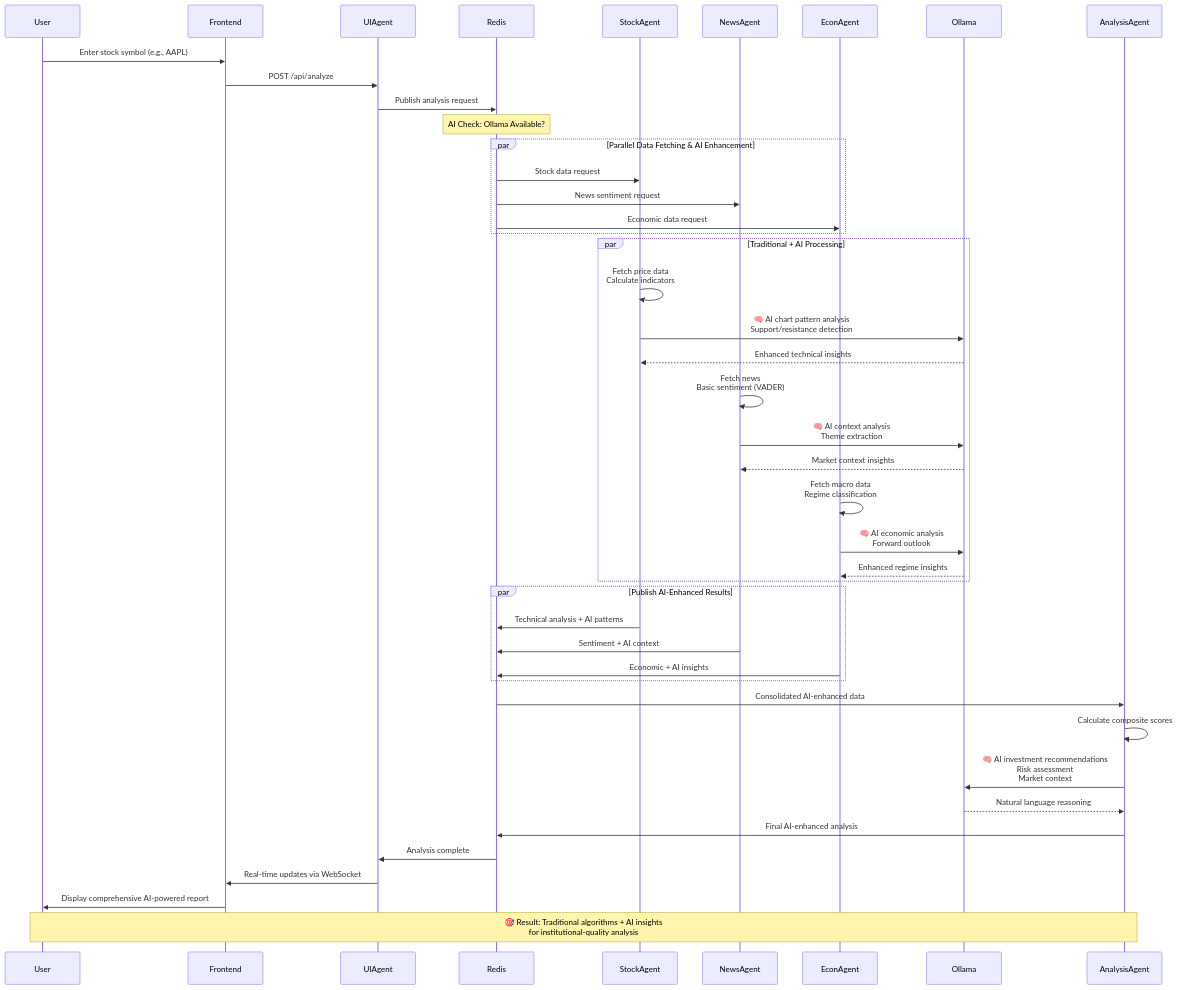
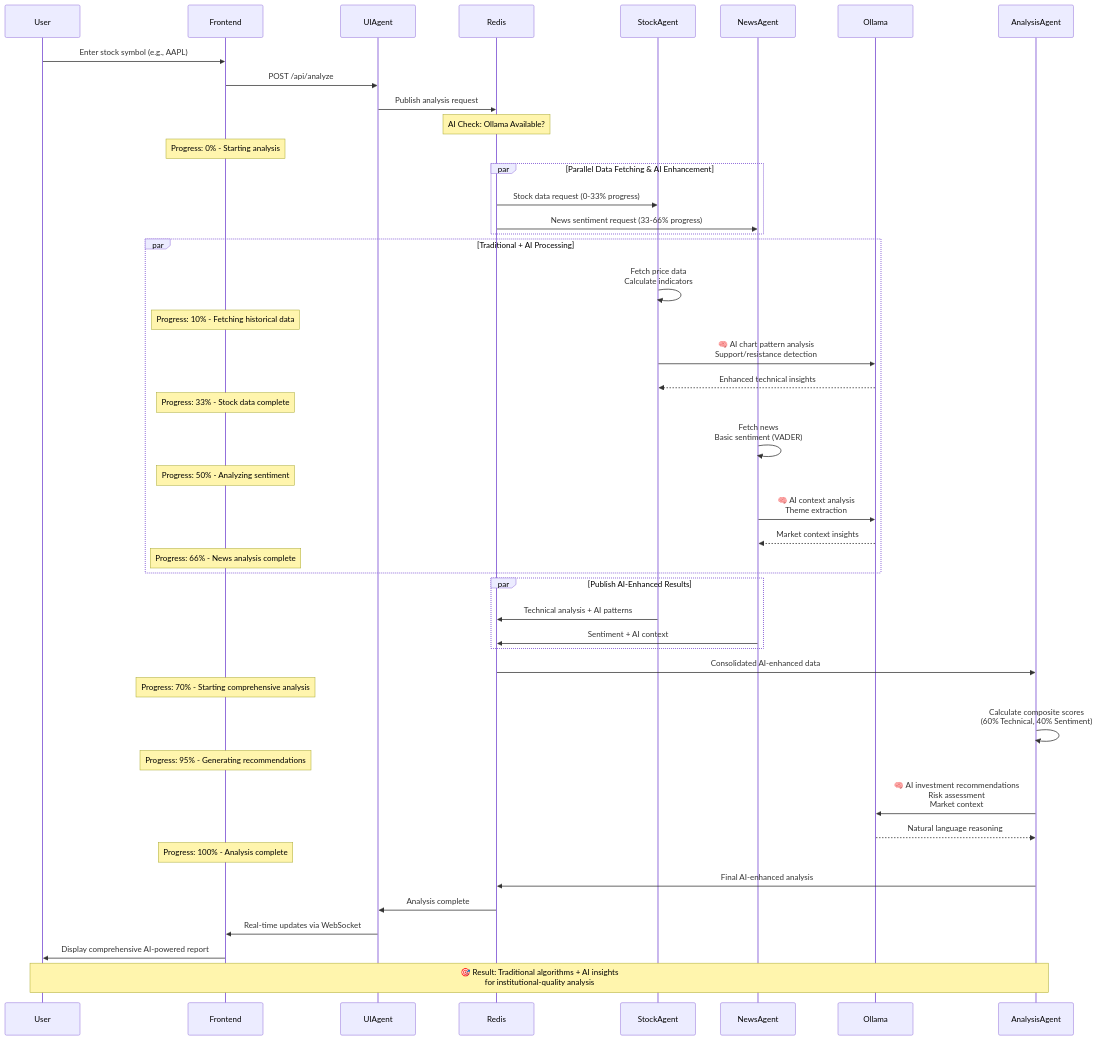
The second of 4 diagrams in README.md (iamsudhanshu/stock-analyzer), drawn with Mermaid before and after one commit. The commit also changed other lines of this file, not shown here.

First line of the commit message:
docs: Comprehensive README.md update reflecting current architecture

````diff
--- a/README.md
+++ b/README.md
@@ -126,55 +117,56 @@
 ```mermaid
 sequenceDiagram
     participant User
     participant Frontend
     participant UIAgent
     participant Redis
     participant StockAgent
     participant NewsAgent
-    participant EconAgent
     participant Ollama
     participant AnalysisAgent
     
     User->>Frontend: Enter stock symbol (e.g., AAPL)
     Frontend->>UIAgent: POST /api/analyze
     UIAgent->>Redis: Publish analysis request
     
     Note over Redis: AI Check: Ollama Available?
+    Note over Frontend: Progress: 0% - Starting analysis
     
     par Parallel Data Fetching & AI Enhancement
-        Redis->>StockAgent: Stock data request
-        Redis->>NewsAgent: News sentiment request  
-        Redis->>EconAgent: Economic data request
+        Redis->>StockAgent: Stock data request (0-33% progress)
+        Redis->>NewsAgent: News sentiment request (33-66% progress)
     end
     
     par Traditional + AI Processing
         StockAgent->>StockAgent: Fetch price data<br/>Calculate indicators
+        Note over Frontend: Progress: 10% - Fetching historical data
         StockAgent->>Ollama: 🧠 AI chart pattern analysis<br/>Support/resistance detection
         Ollama-->>StockAgent: Enhanced technical insights
+        Note over Frontend: Progress: 33% - Stock data complete
         
         NewsAgent->>NewsAgent: Fetch news<br/>Basic sentiment (VADER)
+        Note over Frontend: Progress: 50% - Analyzing sentiment
         NewsAgent->>Ollama: 🧠 AI context analysis<br/>Theme extraction
         Ollama-->>NewsAgent: Market context insights
-        
-        EconAgent->>EconAgent: Fetch macro data<br/>Regime classification
-        EconAgent->>Ollama: 🧠 AI economic analysis<br/>Forward outlook
-        Ollama-->>EconAgent: Enhanced regime insights
+        Note over Frontend: Progress: 66% - News analysis complete
     end
     
     par Publish AI-Enhanced Results
         StockAgent->>Redis: Technical analysis + AI patterns
         NewsAgent->>Redis: Sentiment + AI context
-        EconAgent->>Redis: Economic + AI insights
     end
     
     Redis->>AnalysisAgent: Consolidated AI-enhanced data
-    AnalysisAgent->>AnalysisAgent: Calculate composite scores
+    Note over Frontend: Progress: 70% - Starting comprehensive analysis
+    AnalysisAgent->>AnalysisAgent: Calculate composite scores<br/>(60% Technical, 40% Sentiment)
+    Note over Frontend: Progress: 95% - Generating recommendations
     AnalysisAgent->>Ollama: 🧠 AI investment recommendations<br/>Risk assessment<br/>Market context
     Ollama-->>AnalysisAgent: Natural language reasoning
+    Note over Frontend: Progress: 100% - Analysis complete
     AnalysisAgent->>Redis: Final AI-enhanced analysis
     Redis->>UIAgent: Analysis complete
     UIAgent->>Frontend: Real-time updates via WebSocket
     Frontend->>User: Display comprehensive AI-powered report
     
     Note over User,AnalysisAgent: 🎯 Result: Traditional algorithms + AI insights<br/>for institutional-quality analysis
 ```
````
